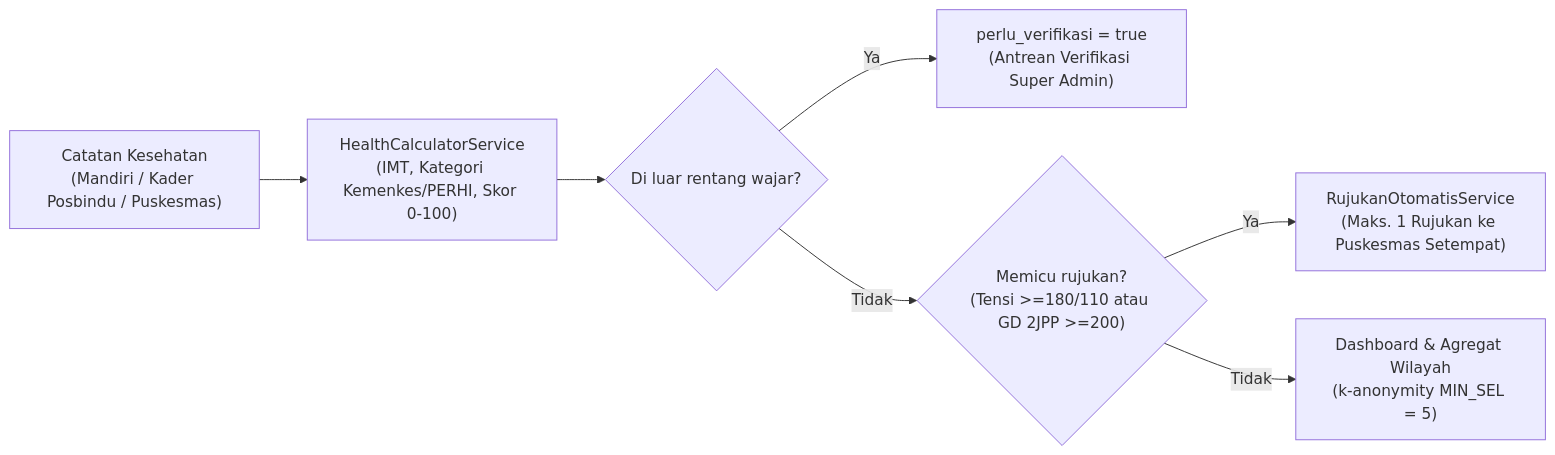
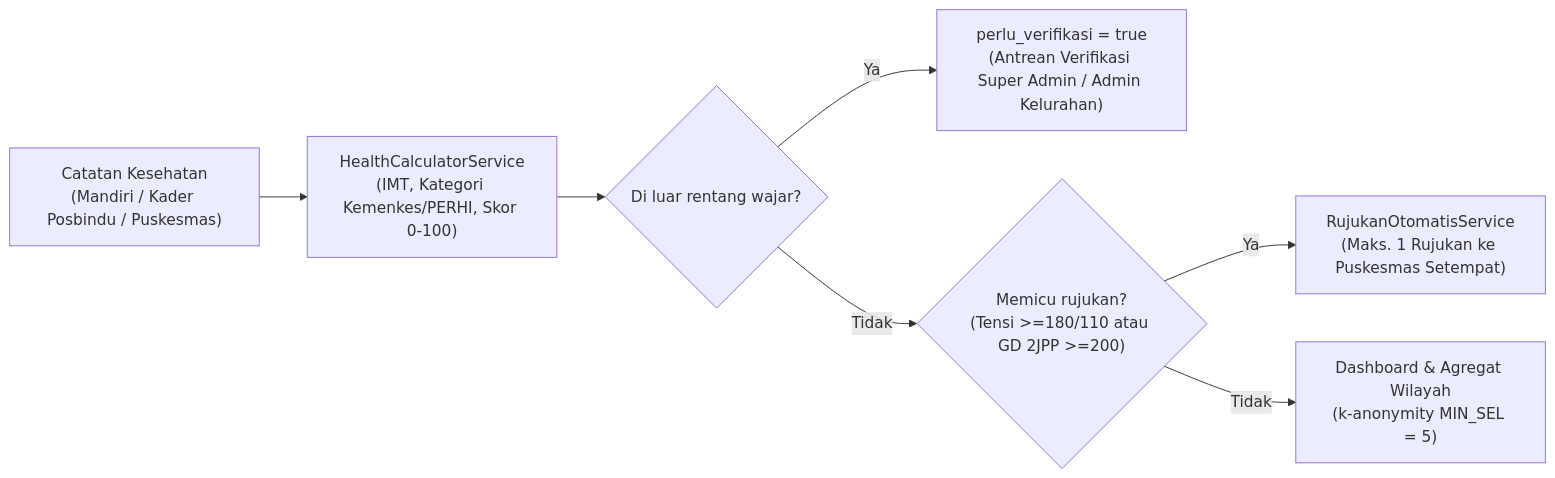
One commit to ahmdridhokurniawan/sehatkita changed the diagram in README.md. Above: the diagram before and after it, drawn with Mermaid. The commit also changed other lines of this file and 7 other files, not shown here.

````diff
--- a/README.md
+++ b/README.md
@@ -17,9 +182,9 @@
 ```mermaid
 flowchart LR
     Input["Catatan Kesehatan\n(Mandiri / Kader Posbindu / Puskesmas)"] --> Calc["HealthCalculatorService\n(IMT, Kategori Kemenkes/PERHI, Skor 0-100)"]
     Calc --> Anom{"Di luar rentang wajar?"}
-    Anom -- Ya --> Queue["perlu_verifikasi = true\n(Antrean Verifikasi Super Admin)"]
+    Anom -- Ya --> Queue["perlu_verifikasi = true\n(Antrean Verifikasi Super Admin / Admin Kelurahan)"]
     Anom -- Tidak --> Krit{"Memicu rujukan?\n(Tensi >=180/110 atau GD 2JPP >=200)"}
     Krit -- Ya --> Ruj["RujukanOtomatisService\n(Maks. 1 Rujukan ke Puskesmas Setempat)"]
     Krit -- Tidak --> Agg["Dashboard & Agregat Wilayah\n(k-anonymity MIN_SEL = 5)"]
 ```
````
